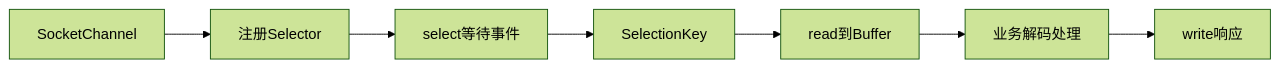
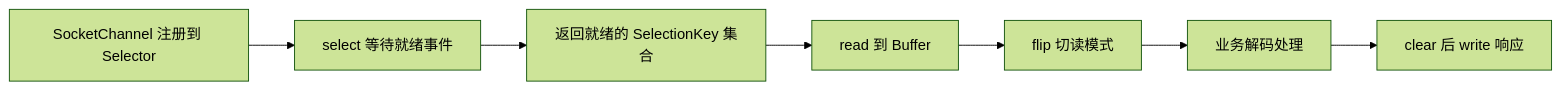
Before and after one commit to GuoWWWX/knowledge-base: the diagram in 20-Java后端/01-Java核心/06-IO与NIO.md, drawn with Mermaid (forest theme). The commit also changed other lines of this file and 19 other files, not shown here.

````diff
--- a/20-Java后端/01-Java核心/06-IO与NIO.md
+++ b/20-Java后端/01-Java核心/06-IO与NIO.md
@@ -42,9 +49,9 @@
 ```mermaid
 flowchart LR
-    A[SocketChannel] --> B[注册Selector]
-    B --> C[select等待事件]
-    C --> D[SelectionKey]
-    D --> E[read到Buffer]
+    A[SocketChannel 注册到 Selector] --> B[select 等待就绪事件]
+    B --> C[返回就绪的 SelectionKey 集合]
+    C --> D[read 到 Buffer]
+    D --> E[flip 切读模式]
     E --> F[业务解码处理]
-    F --> G[write响应]
+    F --> G[clear 后 write 响应]
 ```
````
